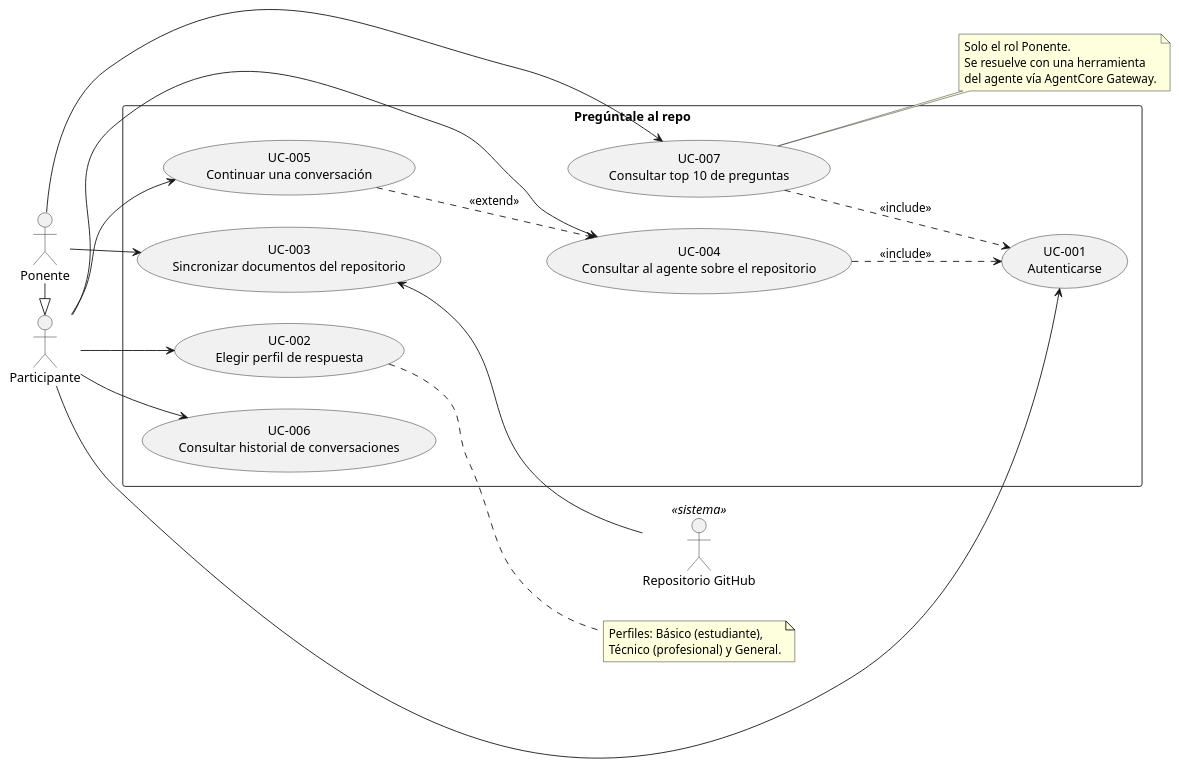
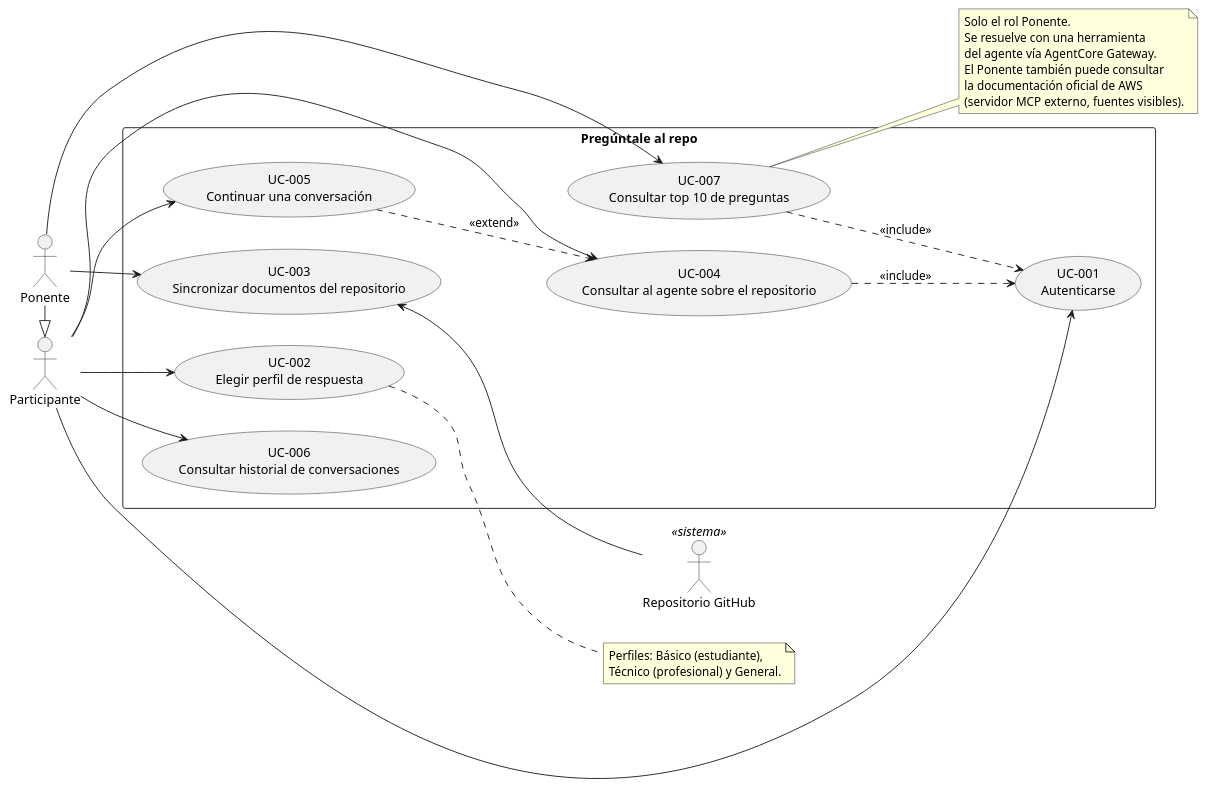
Before and after one commit to mauc-agentic/spec-to-runtime-aws: the diagram in docs/use_cases.puml, drawn with PlantUML. The commit also changed other lines of this file and 7 other files, not shown here.

```diff
--- a/docs/use_cases.puml
+++ b/docs/use_cases.puml
@@ -1,46 +1,49 @@
 @startuml Use Cases Overview
 left to right direction
 
 actor "Participante" as participante
 actor "Ponente" as ponente
 actor "Repositorio GitHub" as github <<sistema>>
 
 ponente -|> participante
 
 rectangle "Pregúntale al repo" {
     usecase "UC-001\nAutenticarse" as UC001
     usecase "UC-002\nElegir perfil de respuesta" as UC002
     usecase "UC-003\nSincronizar documentos del repositorio" as UC003
     usecase "UC-004\nConsultar al agente sobre el repositorio" as UC004
     usecase "UC-005\nContinuar una conversación" as UC005
     usecase "UC-006\nConsultar historial de conversaciones" as UC006
     usecase "UC-007\nConsultar top 10 de preguntas" as UC007
 }
 
 participante --> UC001
 participante --> UC002
 participante --> UC004
 participante --> UC005
 participante --> UC006
 
 ponente --> UC003
 ponente --> UC007
 
 UC003 <-- github
 
 UC004 ..> UC001 : <<include>>
 UC005 ..> UC004 : <<extend>>
 UC007 ..> UC001 : <<include>>
 
 note right of UC002
   Perfiles: Básico (estudiante),
   Técnico (profesional) y General.
 end note
 
 note right of UC007
   Solo el rol Ponente.
   Se resuelve con una herramienta
   del agente vía AgentCore Gateway.
+  El Ponente también puede consultar
+  la documentación oficial de AWS
+  (servidor MCP externo, fuentes visibles).
 end note
 
 @enduml
```
